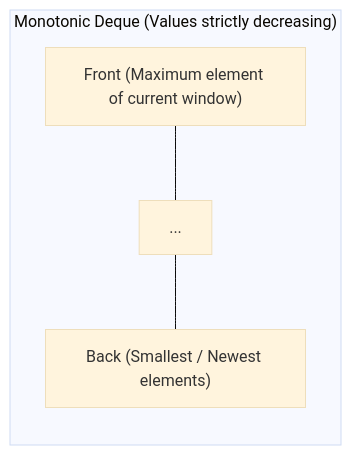
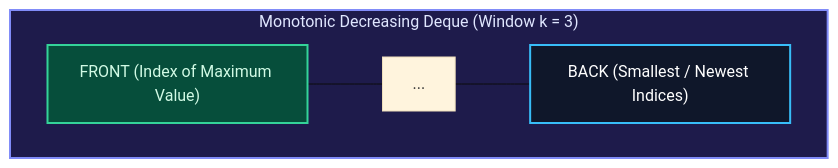
Diagram 13 of 15 in content/docs/dsa/01-foundations-and-linear-structures/05-stacks-and-queues.mdx (1345AbhishekKumar/cs-cookbook), drawn with Mermaid (base theme) before and after one commit. The commit also changed other lines of this file and 211 other files, not shown here.

````diff
--- a/content/docs/dsa/01-foundations-and-linear-structures/05-stacks-and-queues.mdx
+++ b/content/docs/dsa/01-foundations-and-linear-structures/05-stacks-and-queues.mdx
@@ -121,6 +728,11 @@
 ```mermaid
 flowchart LR
-    subgraph Deque["Monotonic Deque (Values strictly decreasing)"]
-        Front["Front (Maximum element of current window)"] --- Mid["..."] --- Back["Back (Smallest / Newest elements)"]
+    subgraph WindowDeque["Monotonic Decreasing Deque (Window k = 3)"]
+        direction LR
+        Front["FRONT (Index of Maximum Value)"] --- Mid["..."] --- Back["BACK (Smallest / Newest Indices)"]
     end
+
+    style WindowDeque fill:#1e1b4b,stroke:#818cf8,stroke-width:2px,color:#e0e7ff
+    style Front fill:#064e3b,stroke:#34d399,stroke-width:2px,color:#d1fae5
+    style Back fill:#0f172a,stroke:#38bdf8,stroke-width:2px,color:#fff
 ```
````
